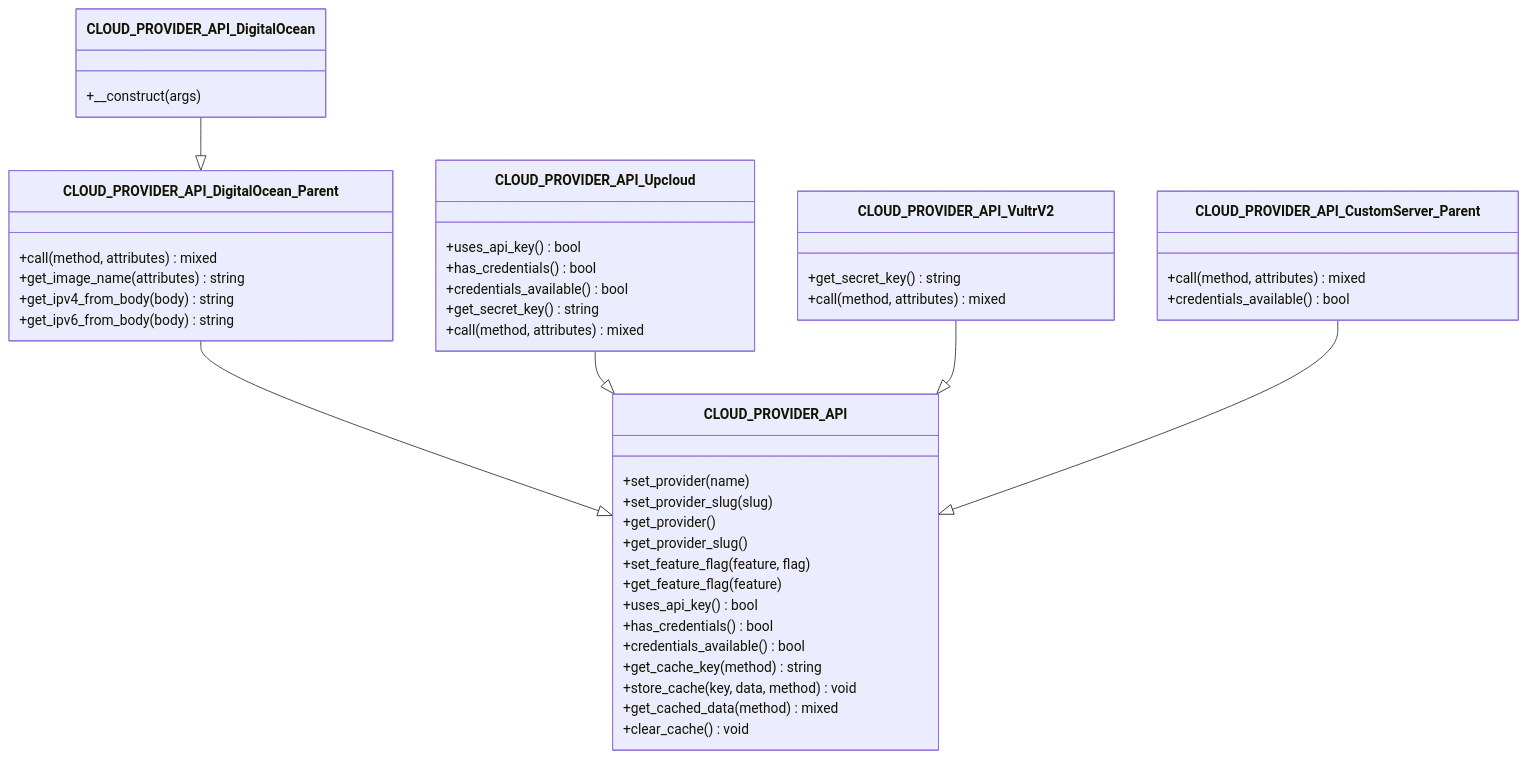
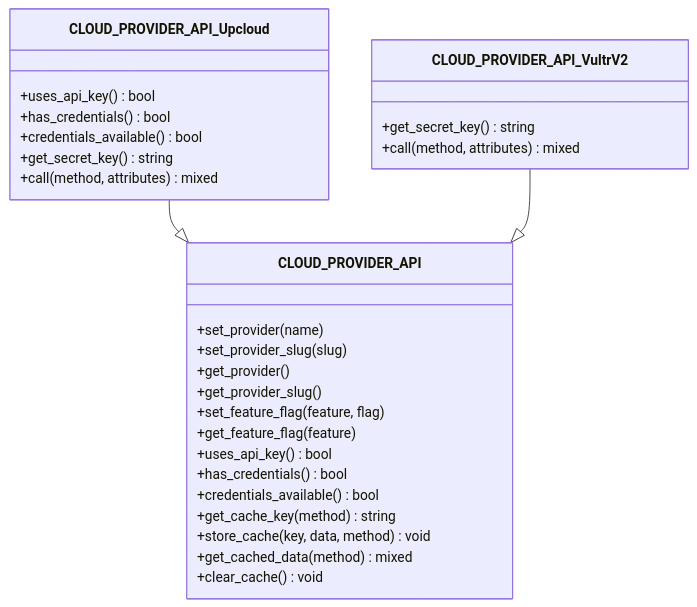
The third of 4 diagrams in .qoder/repowiki/en/content/Cloud Provider Integration/Extending Providers.md (onedogsolutions/simple-stack), drawn with Mermaid before and after one commit. The commit also changed other lines of this file and 5941 other files, not shown here.

````diff
--- a/.qoder/repowiki/en/content/Cloud Provider Integration/Extending Providers.md
+++ b/.qoder/repowiki/en/content/Cloud Provider Integration/Extending Providers.md
@@ -213,47 +158,31 @@
 ```mermaid
 classDiagram
 class CLOUD_PROVIDER_API {
 +set_provider(name)
 +set_provider_slug(slug)
 +get_provider()
 +get_provider_slug()
 +set_feature_flag(feature, flag)
 +get_feature_flag(feature)
 +uses_api_key() bool
 +has_credentials() bool
 +credentials_available() bool
 +get_cache_key(method) string
 +store_cache(key, data, method) void
 +get_cached_data(method) mixed
 +clear_cache() void
 }
-class CLOUD_PROVIDER_API_DigitalOcean_Parent {
-+call(method, attributes) mixed
-+get_image_name(attributes) string
-+get_ipv4_from_body(body) string
-+get_ipv6_from_body(body) string
-}
-class CLOUD_PROVIDER_API_DigitalOcean {
-+__construct(args)
-}
 class CLOUD_PROVIDER_API_Upcloud {
 +uses_api_key() bool
 +has_credentials() bool
 +credentials_available() bool
 +get_secret_key() string
 +call(method, attributes) mixed
 }
 class CLOUD_PROVIDER_API_VultrV2 {
 +get_secret_key() string
 +call(method, attributes) mixed
 }
-class CLOUD_PROVIDER_API_CustomServer_Parent {
-+call(method, attributes) mixed
-+credentials_available() bool
-}
-CLOUD_PROVIDER_API_DigitalOcean_Parent --|> CLOUD_PROVIDER_API
-CLOUD_PROVIDER_API_DigitalOcean --|> CLOUD_PROVIDER_API_DigitalOcean_Parent
 CLOUD_PROVIDER_API_Upcloud --|> CLOUD_PROVIDER_API
 CLOUD_PROVIDER_API_VultrV2 --|> CLOUD_PROVIDER_API
-CLOUD_PROVIDER_API_CustomServer_Parent --|> CLOUD_PROVIDER_API
 ```
````
